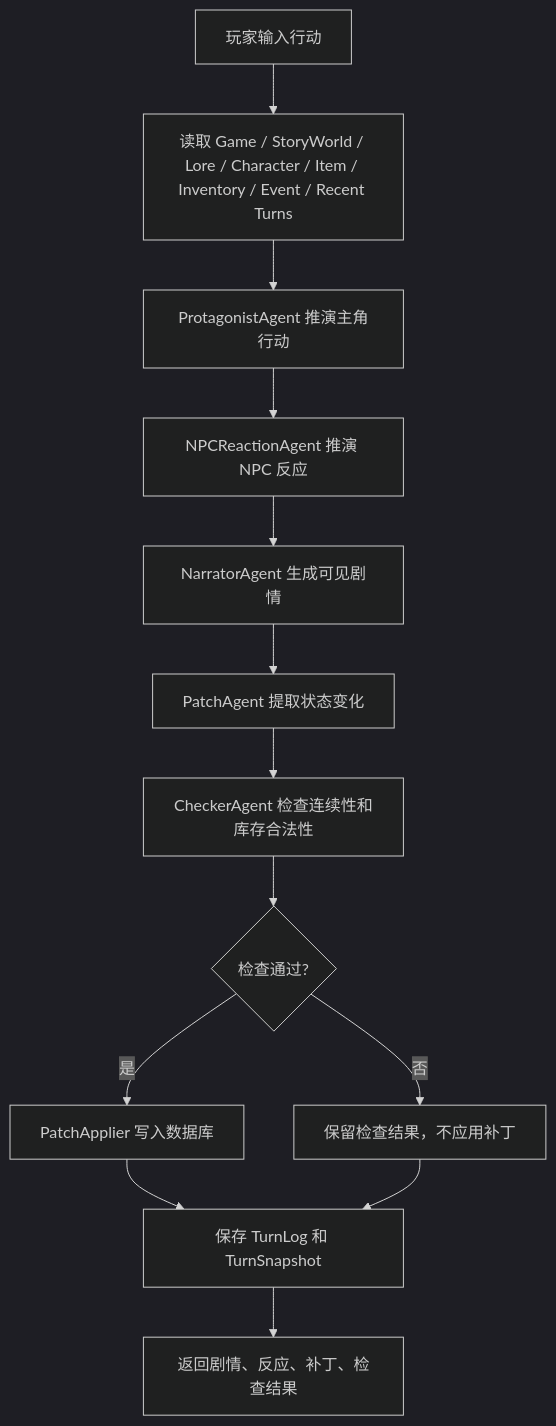
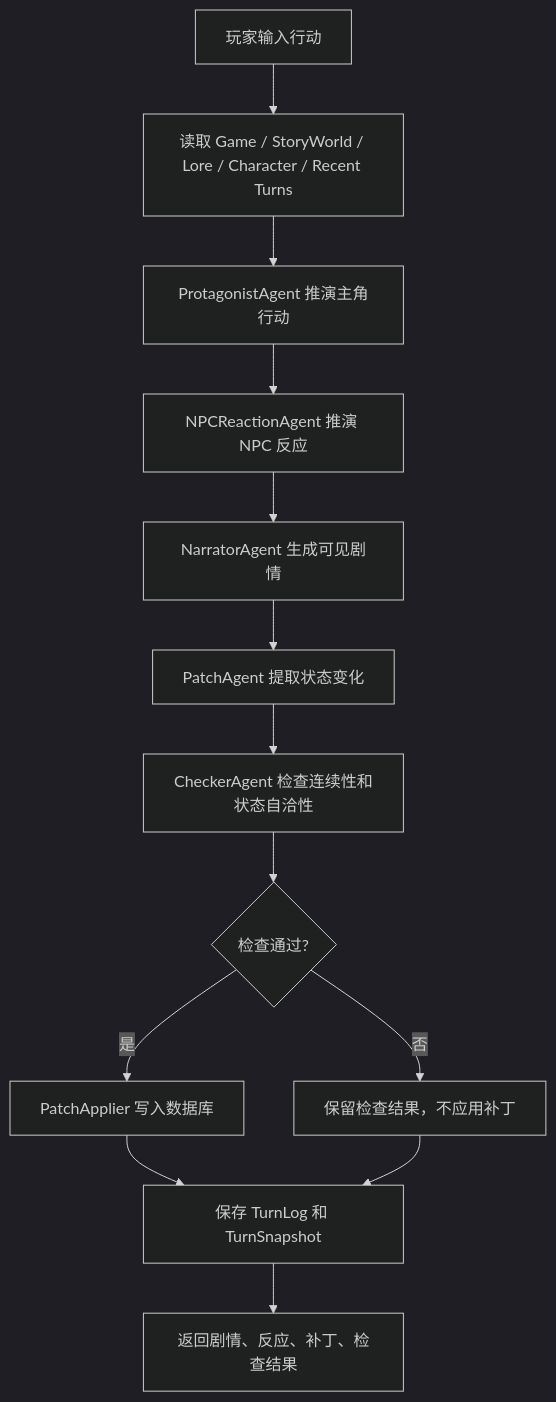
The third of 4 diagrams in docs/项目说明书.md (LiPeiCong60/WordGameByAI), drawn with Mermaid (dark theme) before and after one commit. The commit also changed other lines of this file and 68 other files, not shown here.

````diff
--- a/docs/项目说明书.md
+++ b/docs/项目说明书.md
@@ -127,15 +123,15 @@
 ```mermaid
 flowchart TD
-    A["玩家输入行动"] --> B["读取 Game / StoryWorld / Lore / Character / Item / Inventory / Event / Recent Turns"]
+    A["玩家输入行动"] --> B["读取 Game / StoryWorld / Lore / Character / Recent Turns"]
     B --> C["ProtagonistAgent 推演主角行动"]
     C --> D["NPCReactionAgent 推演 NPC 反应"]
     D --> E["NarratorAgent 生成可见剧情"]
     E --> F["PatchAgent 提取状态变化"]
-    F --> G["CheckerAgent 检查连续性和库存合法性"]
+    F --> G["CheckerAgent 检查连续性和状态自洽性"]
     G --> H{"检查通过?"}
     H -->|是| I["PatchApplier 写入数据库"]
     H -->|否| J["保留检查结果，不应用补丁"]
     I --> K["保存 TurnLog 和 TurnSnapshot"]
     J --> K
     K --> L["返回剧情、反应、补丁、检查结果"]
 ```
````
